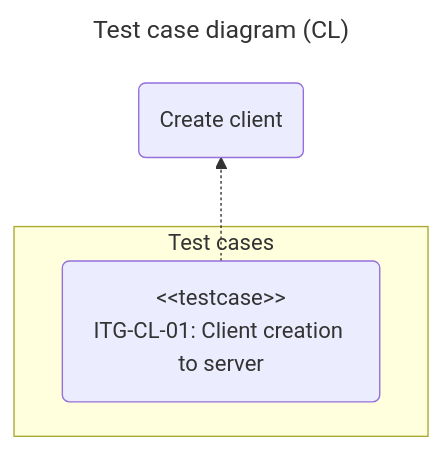
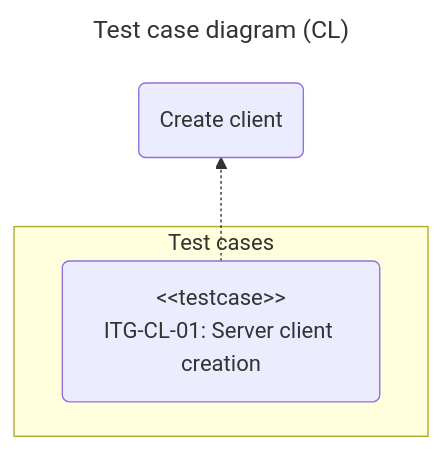
One commit to chromiodev/chromie-tool changed the first of 4 diagrams in docs/spec/tests/integration.en.md. Above: the diagram before and after it, drawn with Mermaid. The commit also changed other lines of this file and 12 other files, not shown here.

````diff
--- a/docs/spec/tests/integration.en.md
+++ b/docs/spec/tests/integration.en.md
@@ -48,16 +48,16 @@
 ```mermaid
 ---
 title: Test case diagram (CL)
 config:
 ---
 
 graph BT
   %% use cases
   createClient@{ shape: "rounded", label: "Create client" }
 
   subgraph "Test cases"
-    createServerClient@{ shape: "rounded", label: "#lt;#lt;testcase>><br>ITG-CL-01: Client creation to server" }
+    createServerClient@{ shape: "rounded", label: "#lt;#lt;testcase>><br>ITG-CL-01: Server client creation" }
   end
 
   createServerClient -.-> createClient
 ```
````
